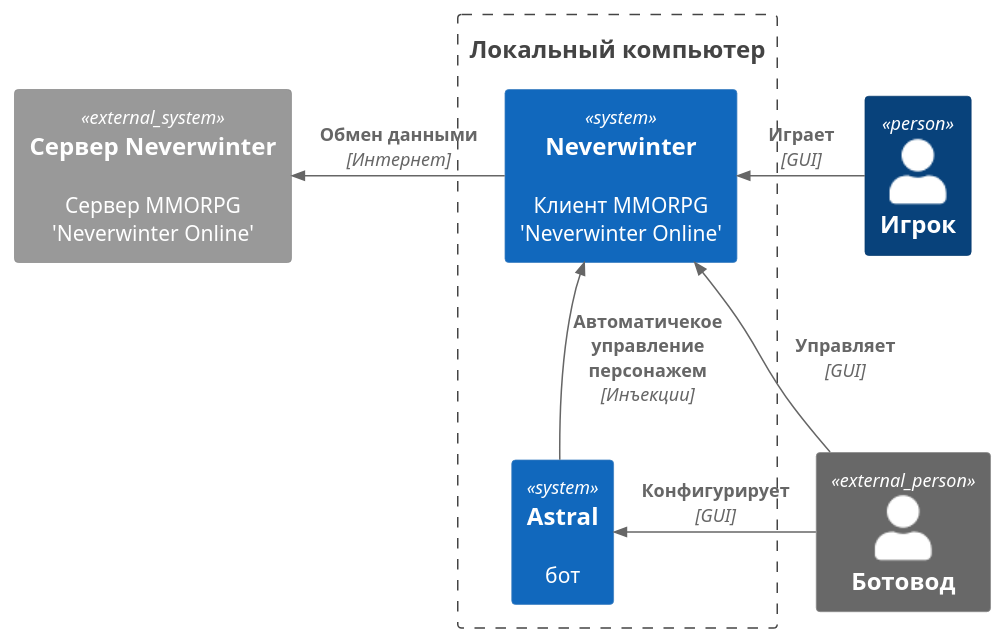
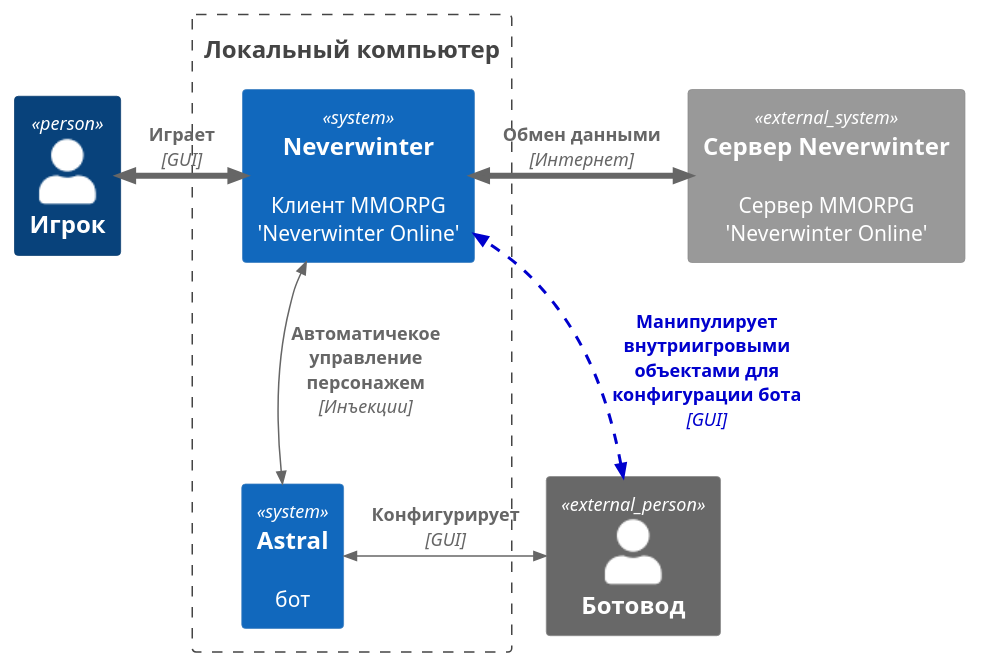
Before and after one commit to qpAHTA3EP/EntityToolsDocs: the diagram in General/diagrams/C4-Context-RU.puml, drawn with PlantUML. The commit also changed 5 other files, not shown here.

Commit message:
Доработка контекстной диаграммы и диаграммы контейнера

```diff
--- a/General/diagrams/C4-Context-RU.puml
+++ b/General/diagrams/C4-Context-RU.puml
@@ -1,32 +1,39 @@
 @startuml
-!include <C4/C4_Context>
-'!theme spacelab
-'skinparam actorStyle awesome
+'!include <C4/C4_Context>
+!include https://raw.githubusercontent.com/plantuml-stdlib/C4-PlantUML/master/C4_Container.puml
+
+skinparam BackgroundColor transparent
 
 LAYOUT_TOP_DOWN()
 'LAYOUT_WITH_LEGEND()
+
+AddRelTag("config", $lineStyle = DashedLine())
 
 Person(player, "Игрок")
 
 System_Ext(nwServer, "Сервер Neverwinter", "Сервер MMORPG\n'Neverwinter Online'")
 
 Boundary(c0, "Локальный компьютер") {
     System(nw, "Neverwinter", "Клиент MMORPG\n'Neverwinter Online'")
-    Rel_L(player, nw, "Играет", "GUI")
-    Rel_L(nw, nwServer, "Обмен данными", "Интернет")
-    'Rel_L(nw, nwServer, "Данные", "Интернет")
+    player <<-[thickness=4]>> nw : "**Играет**\n//[GUI]//"
+    nw <<-[thickness=4]>> nwServer : "**Обмен данными**\n//[Интернет]//"
+    'Lay_D(nwServer, nw)
 
     System(bot, "Astral", "бот")
-    Rel_D(bot, nw, "Автоматичекое управление персонажем", "Инъекции")
-    'Rel_U(bot, nw, "Запись в память")
+    nw <<-down->> bot : "**Автоматичекое управление персонажем**\n//[Инъекции]//"
+    'Rel_D(bot, nw, "Автоматичекое управление персонажем", "Инъекции")
     
     Lay_D(nw, bot)
 }
 
-    Person_Ext(botter, "Ботовод")
-    Rel_L(botter, nw, "Управляет", "GUI")
-    Rel_L(botter, bot, "Конфигурирует", "GUI")
+Person_Ext(botter, "Ботовод")
+'Rel_L(botter, nw, "Манипулирует внутриигровыми объектами", "GUI", $tags="config")
+botter  <<.[#MediumBlue;thickness=2].>> nw #text:MediumBlue :"**Манипулирует внутриигровыми объектами для конфигурации бота**\n//[GUI]//"
+'Rel_L(botter, bot, "Конфигурирует", "GUI")
+botter <<-right->> bot : "**Конфигурирует**\n//[GUI]//"
+'botter -hidden-> player
 
-    Lay_D(player, botter)
+Lay_D(nw, botter)
+'Lay_D(player, botter)
 
 @enduml
```
